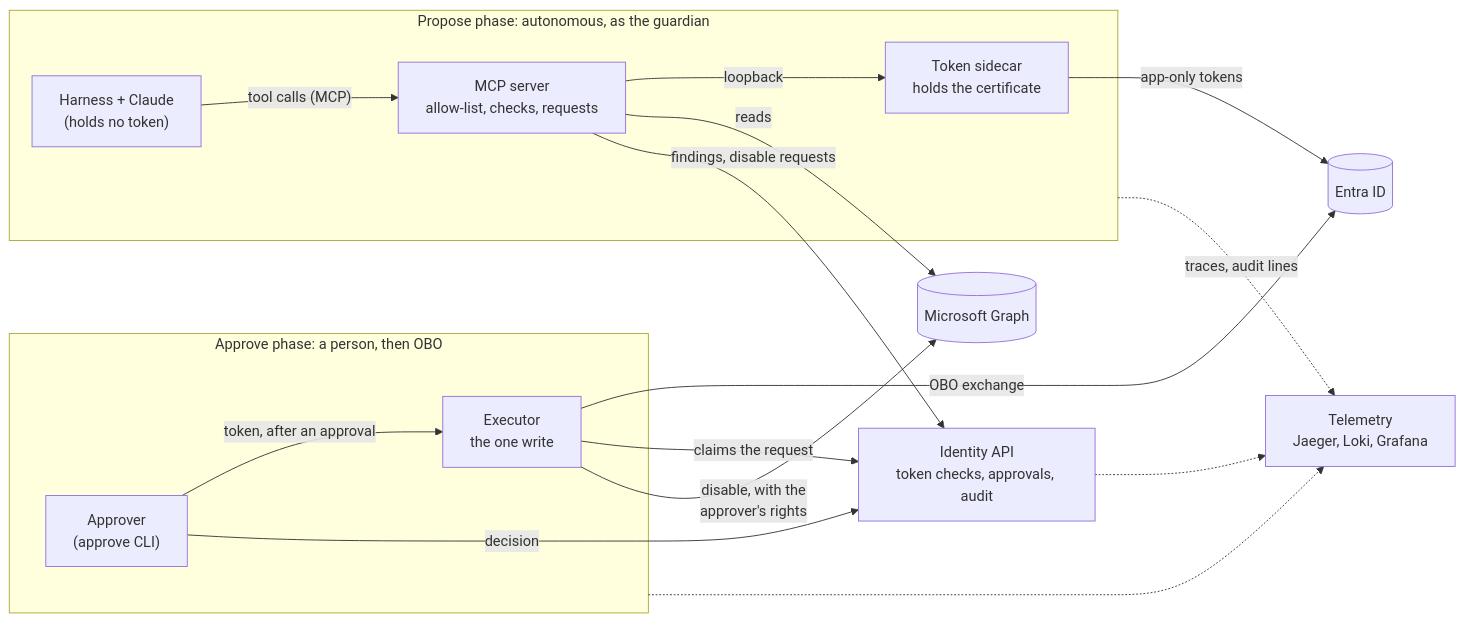
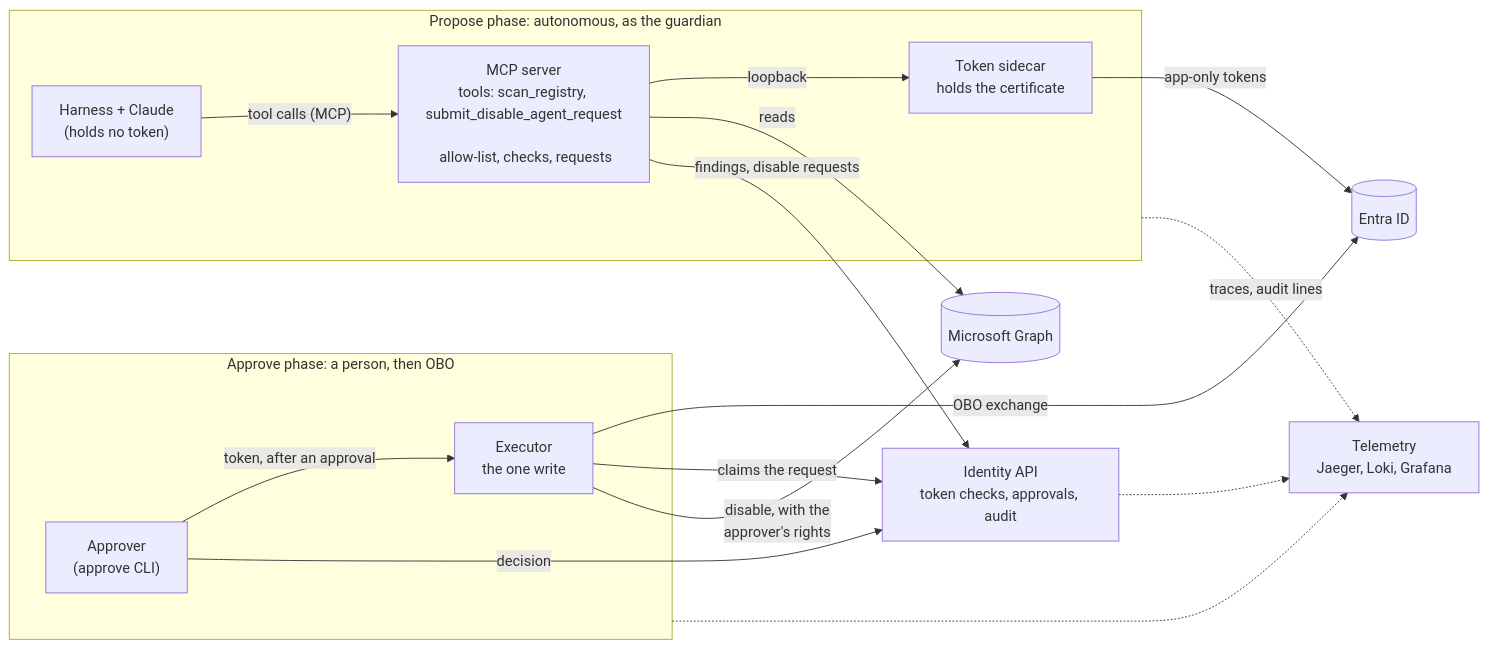
Before and after one commit to alireza-mpr/agent-steward: the diagram in README.md, drawn with Mermaid.

Commit message:
Added tools to MCP Server box

````diff
--- a/README.md
+++ b/README.md
@@ -66,20 +66,20 @@
 ```mermaid
 flowchart LR
     subgraph Propose["Propose phase: autonomous, as the guardian"]
-        Harness["Harness + Claude<br/>(holds no token)"] -- "tool calls (MCP)" --> MCP["MCP server<br/>allow-list, checks, requests"]
+        Harness["Harness + Claude<br/>(holds no token)"] -- "tool calls (MCP)" --> MCP["MCP server<br/>tools: scan_registry, submit_disable_agent_request<br/><br/> allow-list, checks, requests"]
         MCP -- "loopback" --> Sidecar["Token sidecar<br/>holds the certificate"]
     end
     subgraph Approve["Approve phase: a person, then OBO"]
         Approver["Approver<br/>(approve CLI)"] -- "token, after an approval" --> Exec["Executor<br/>the one write"]
     end
     Sidecar -- "app-only tokens" --> Entra[("Entra ID")]
     Exec -- "OBO exchange" --> Entra
     MCP -- "reads" --> Graph[("Microsoft Graph")]
     MCP -- "findings, disable requests" --> API["Identity API<br/>token checks, approvals, audit"]
     Approver -- "decision" --> API
     Exec -- "claims the request" --> API
     Exec -- "disable, with the<br/>approver's rights" --> Graph
     Propose -. "traces, audit lines" .-> Tel["Telemetry<br/>Jaeger, Loki, Grafana"]
     Approve -.-> Tel
     API -.-> Tel
 ```
````
